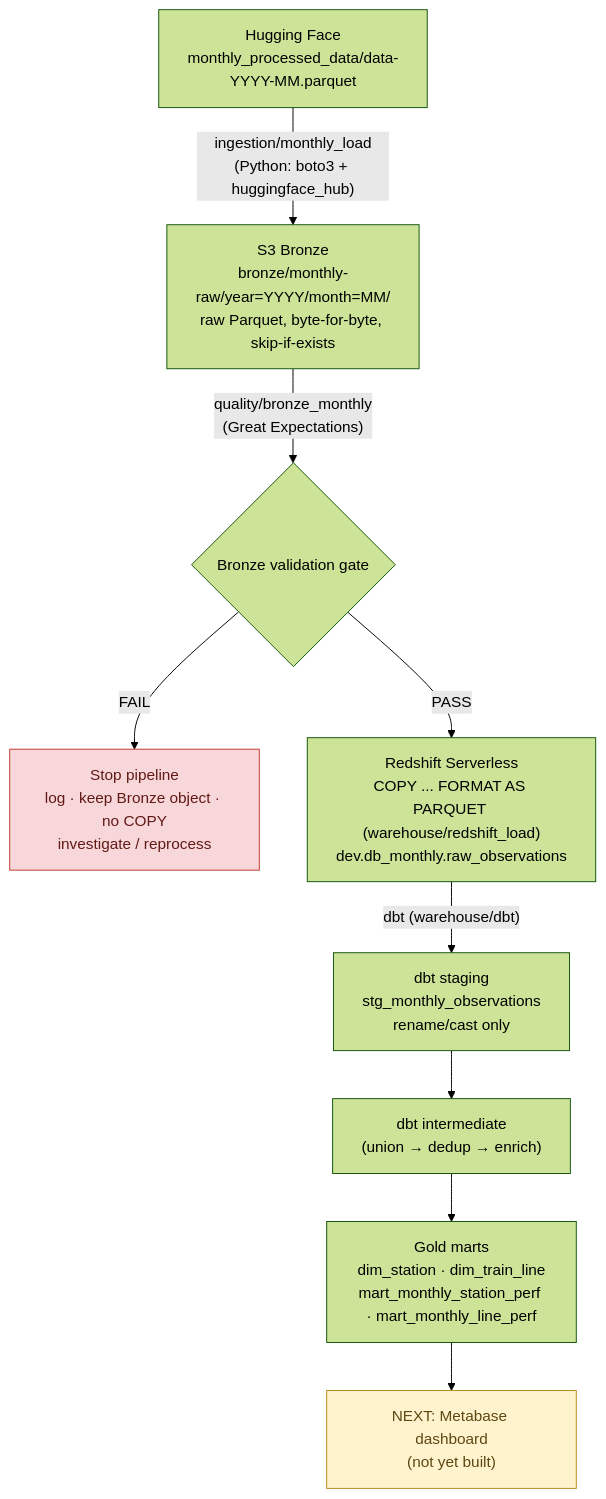
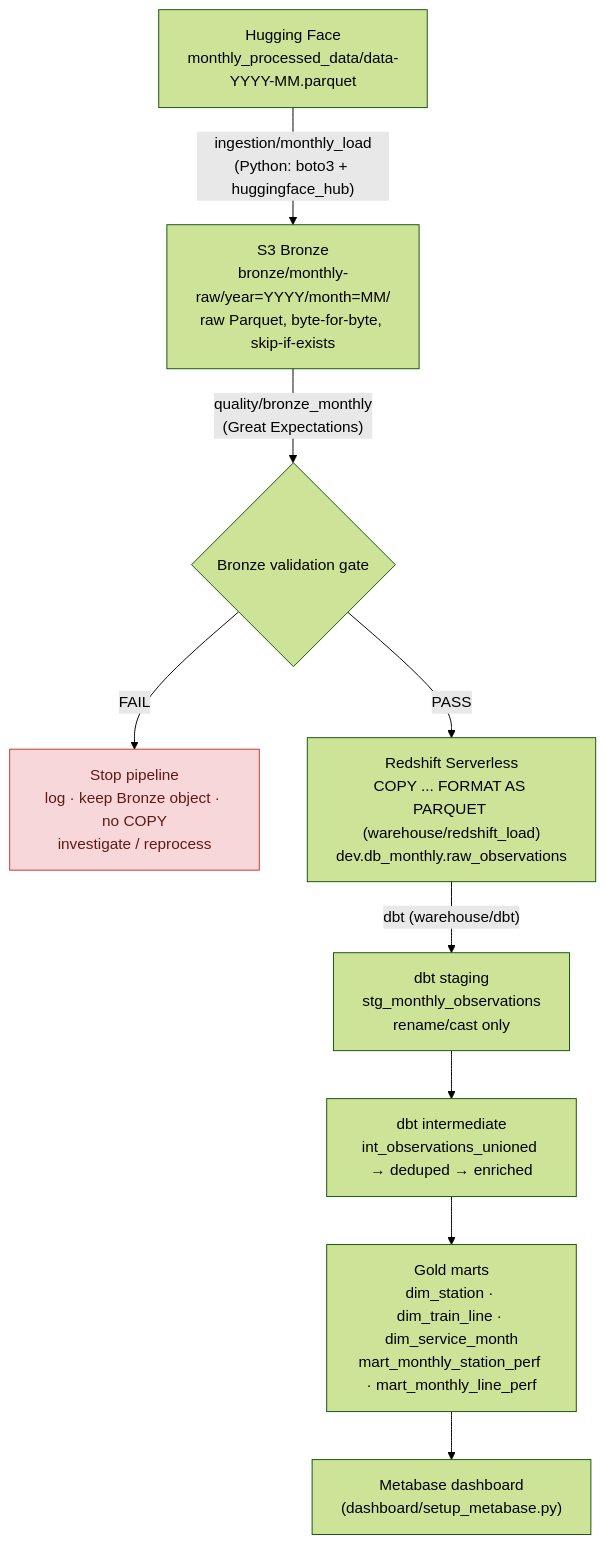
One commit to koutafraout/deutsche-bahn-end-to-end-analytics-pipeline changed the first of 2 diagrams in docs/architecture.md. Above: the diagram before and after it, drawn with Mermaid (forest theme). The commit also changed other lines of this file and 2 other files, not shown here.

````diff
--- a/docs/architecture.md
+++ b/docs/architecture.md
@@ -23,19 +25,18 @@
 ```mermaid
 flowchart TD
     A["Hugging Face<br/>monthly_processed_data/data-YYYY-MM.parquet"]
     A -->|"ingestion/monthly_load<br/>(Python: boto3 + huggingface_hub)"| B
     B["S3 Bronze<br/>bronze/monthly-raw/year=YYYY/month=MM/<br/>raw Parquet, byte-for-byte, skip-if-exists"]
     B -->|"quality/bronze_monthly<br/>(Great Expectations)"| C
     C{"Bronze validation gate"}
     C -->|FAIL| X["Stop pipeline<br/>log · keep Bronze object · no COPY<br/>investigate / reprocess"]
     C -->|PASS| D
     D["Redshift Serverless<br/>COPY ... FORMAT AS PARQUET (warehouse/redshift_load)<br/>dev.db_monthly.raw_observations"]
     D -->|"dbt (warehouse/dbt)"| E
     E["dbt staging<br/>stg_monthly_observations<br/>rename/cast only"]
-    E --> F["dbt intermediate<br/>(union → dedup → enrich)"]
-    F --> G["Gold marts<br/>dim_station · dim_train_line<br/>mart_monthly_station_perf · mart_monthly_line_perf"]
-    G --> H["NEXT: Metabase dashboard<br/>(not yet built)"]
+    E --> F["dbt intermediate<br/>int_observations_unioned → deduped → enriched"]
+    F --> G["Gold marts<br/>dim_station · dim_train_line · dim_service_month<br/>mart_monthly_station_perf · mart_monthly_line_perf"]
+    G --> H["Metabase dashboard<br/>(dashboard/setup_metabase.py)"]
 
     style X fill:#f8d7da,stroke:#c0392b,color:#611a15
-    style H fill:#fff3cd,stroke:#b7891f,color:#5c4813
 ```
````
